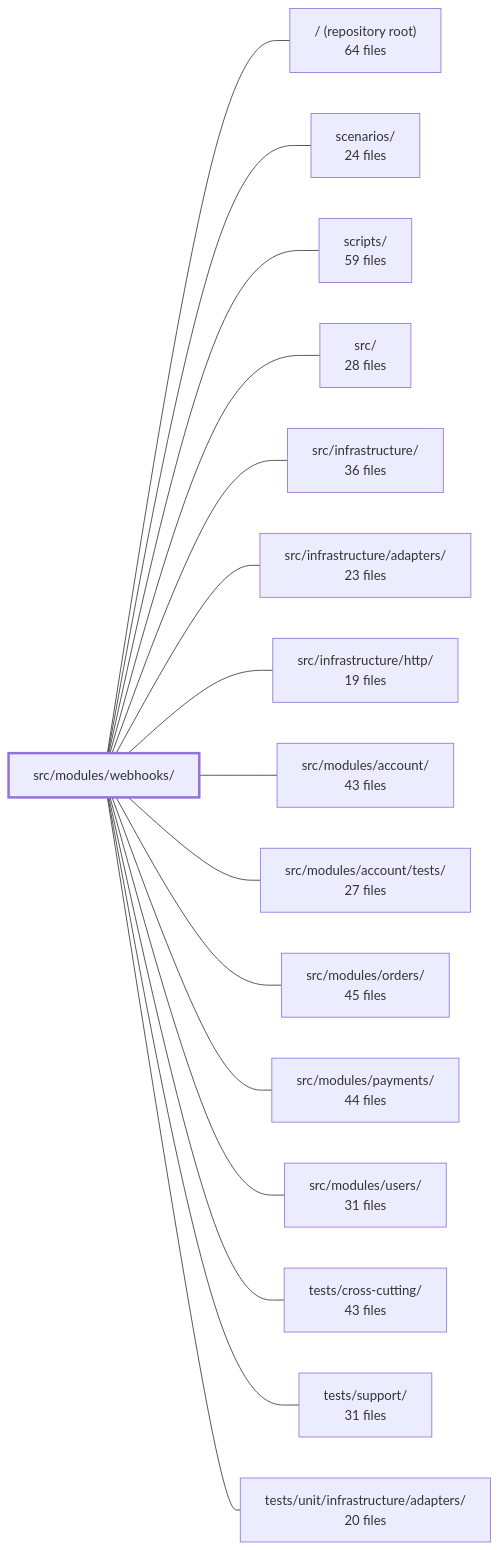
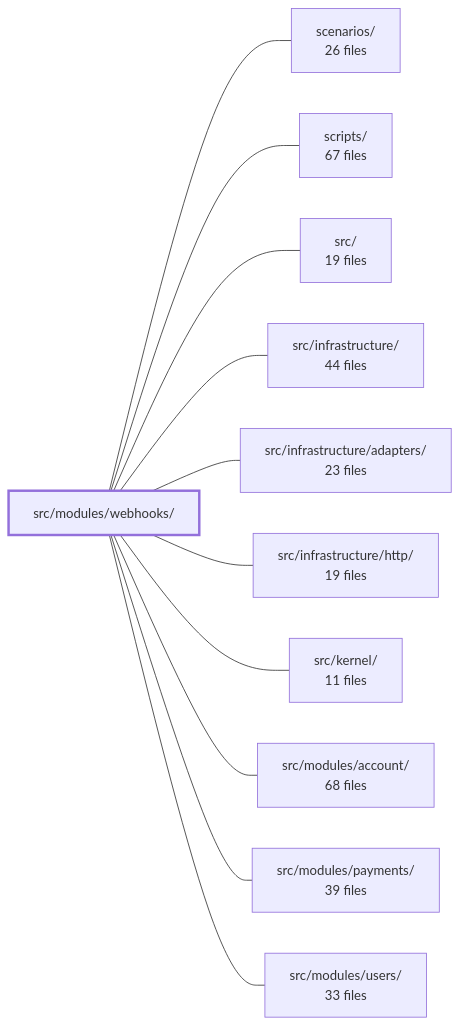
The diagram in .2brain/modules/boilerplate-node-backend_src_modules_webhooks.md (Guebbit/boilerplate-node-backend), drawn with Mermaid before and after one commit. The commit also changed other lines of this file and 137 other files, not shown here.

````diff
--- a/.2brain/modules/boilerplate-node-backend_src_modules_webhooks.md
+++ b/.2brain/modules/boilerplate-node-backend_src_modules_webhooks.md
@@ -48,35 +52,25 @@
 ```mermaid
 flowchart LR
     m_src_modules_webhooks["src/modules/webhooks/"]
-    m_root["/ (repository root)<br/>64 files"]
-    m_scenarios["scenarios/<br/>24 files"]
-    m_scripts["scripts/<br/>59 files"]
-    m_src["src/<br/>28 files"]
-    m_src_infrastructure["src/infrastructure/<br/>36 files"]
+    m_scenarios["scenarios/<br/>26 files"]
+    m_scripts["scripts/<br/>67 files"]
+    m_src["src/<br/>19 files"]
+    m_src_infrastructure["src/infrastructure/<br/>44 files"]
     m_src_infrastructure_adapters["src/infrastructure/adapters/<br/>23 files"]
     m_src_infrastructure_http["src/infrastructure/http/<br/>19 files"]
-    m_src_modules_account["src/modules/account/<br/>43 files"]
-    m_src_modules_account_tests["src/modules/account/tests/<br/>27 files"]
-    m_src_modules_orders["src/modules/orders/<br/>45 files"]
-    m_src_modules_payments["src/modules/payments/<br/>44 files"]
-    m_src_modules_users["src/modules/users/<br/>31 files"]
-    m_tests_cross_cutting["tests/cross-cutting/<br/>43 files"]
-    m_tests_support["tests/support/<br/>31 files"]
-    m_tests_unit_infrastructure_adapters["tests/unit/infrastructure/adapters/<br/>20 files"]
-    m_src_modules_webhooks --- m_root
+    m_src_kernel["src/kernel/<br/>11 files"]
+    m_src_modules_account["src/modules/account/<br/>68 files"]
+    m_src_modules_payments["src/modules/payments/<br/>39 files"]
+    m_src_modules_users["src/modules/users/<br/>33 files"]
     m_src_modules_webhooks --- m_scenarios
     m_src_modules_webhooks --- m_scripts
     m_src_modules_webhooks --- m_src
     m_src_modules_webhooks --- m_src_infrastructure
     m_src_modules_webhooks --- m_src_infrastructure_adapters
     m_src_modules_webhooks --- m_src_infrastructure_http
+    m_src_modules_webhooks --- m_src_kernel
     m_src_modules_webhooks --- m_src_modules_account
-    m_src_modules_webhooks --- m_src_modules_account_tests
-    m_src_modules_webhooks --- m_src_modules_orders
     m_src_modules_webhooks --- m_src_modules_payments
     m_src_modules_webhooks --- m_src_modules_users
-    m_src_modules_webhooks --- m_tests_cross_cutting
-    m_src_modules_webhooks --- m_tests_support
-    m_src_modules_webhooks --- m_tests_unit_infrastructure_adapters
     style m_src_modules_webhooks stroke-width:3px
 ```
````
